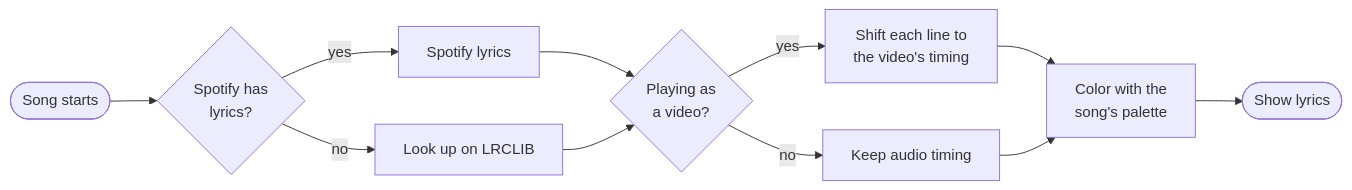
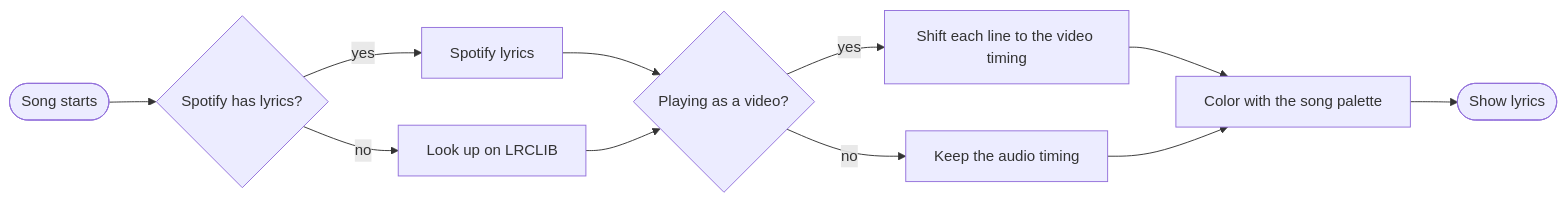
Before and after one commit to milisha-saran/spotify-video-lyrics: the diagram in README.md, drawn with Mermaid. The commit also changed other lines of this file, not shown here.

Commit message:
docs: fix the README flow diagram and align the layout sketch

````diff
--- a/README.md
+++ b/README.md
@@ -48,13 +48,13 @@
 ```mermaid
 flowchart LR
-    A([Song starts]) --> B{Spotify has<br/>lyrics?}
-    B -- yes --> C[Spotify lyrics]
-    B -- no --> D[Look up on LRCLIB]
-    C --> E{Playing as<br/>a video?}
+    A(["Song starts"]) --> B{"Spotify has lyrics?"}
+    B -- yes --> C["Spotify lyrics"]
+    B -- no --> D["Look up on LRCLIB"]
+    C --> E{"Playing as a video?"}
     D --> E
-    E -- yes --> F[Shift each line to<br/>the video's timing]
-    E -- no --> G[Keep audio timing]
-    F --> H[Color with the<br/>song's palette]
+    E -- yes --> F["Shift each line to the video timing"]
+    E -- no --> G["Keep the audio timing"]
+    F --> H["Color with the song palette"]
     G --> H
-    H --> I([Show lyrics])
+    H --> I(["Show lyrics"])
 ```
````
